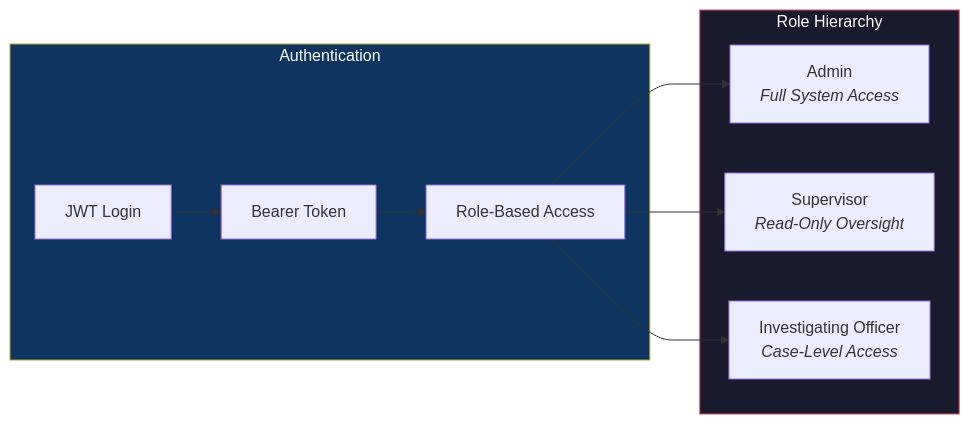
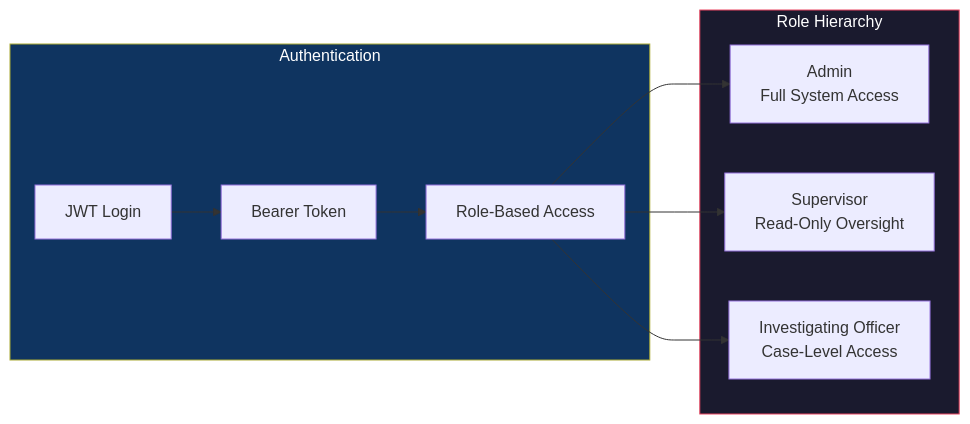
One commit to beingbrijesh/CopSight changed the seventh of 7 diagrams in README.md. Above: the diagram before and after it, drawn with Mermaid. The commit also changed other lines of this file and 4 other files, not shown here.

Commit message:
docs: Fix Mermaid diagram text cropping and add professional Contributors section

````diff
--- a/README.md
+++ b/README.md
@@ -516,18 +516,18 @@
 ```mermaid
 flowchart LR
     subgraph Auth["Authentication"]
         Login["JWT Login"] --> Token["Bearer Token"]
         Token --> RBAC["Role-Based Access"]
     end
 
     subgraph Roles["Role Hierarchy"]
-        Admin["Admin<br/><i>Full System Access</i>"]
-        Supervisor["Supervisor<br/><i>Read-Only Oversight</i>"]
-        IO["Investigating Officer<br/><i>Case-Level Access</i>"]
+        Admin["Admin<br/>Full System Access"]
+        Supervisor["Supervisor<br/>Read-Only Oversight"]
+        IO["Investigating Officer<br/>Case-Level Access"]
     end
 
     RBAC --> Admin & Supervisor & IO
 
     style Auth fill:#0f3460,color:#fff
     style Roles fill:#1a1a2e,stroke:#e94560,color:#fff
 ```
````
